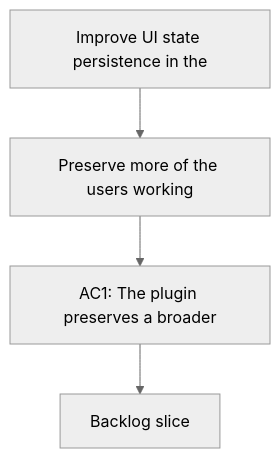
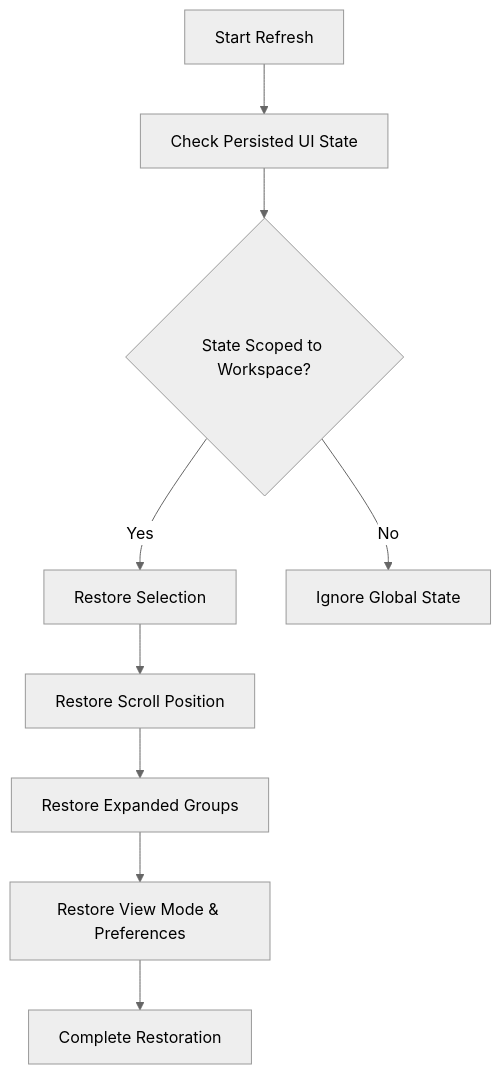
Before and after one commit to AlexAgo83/logics-manager: the diagram in logics/request/req_039_improve_ui_state_persistence_in_the_plugin.md, drawn with Mermaid (neutral theme). The commit also changed other lines of this file and 54 other files, not shown here.

````diff
--- a/logics/request/req_039_improve_ui_state_persistence_in_the_plugin.md
+++ b/logics/request/req_039_improve_ui_state_persistence_in_the_plugin.md
@@ -10,8 +10,13 @@
 ```mermaid
 %% logics-kind: request
 %% logics-signature: request|improve-ui-state-persistence-in-the-plug|preserve-more-of-the-users-working|ac1-the-plugin-preserves-a-broader
 flowchart TD
-    Trigger[Improve UI state persistence in the] --> Need[Preserve more of the users working]
-    Need --> Outcome[AC1: The plugin preserves a broader]
-    Outcome --> Backlog[Backlog slice]
+    A[Start Refresh] --> B[Check Persisted UI State]
+    B --> C{State Scoped to Workspace?}
+    C -- Yes --> D[Restore Selection]
+    C -- No --> E[Ignore Global State]
+    D --> F[Restore Scroll Position]
+    F --> G[Restore Expanded Groups]
+    G --> H[Restore View Mode & Preferences]
+    H --> I[Complete Restoration]
 ```
````
